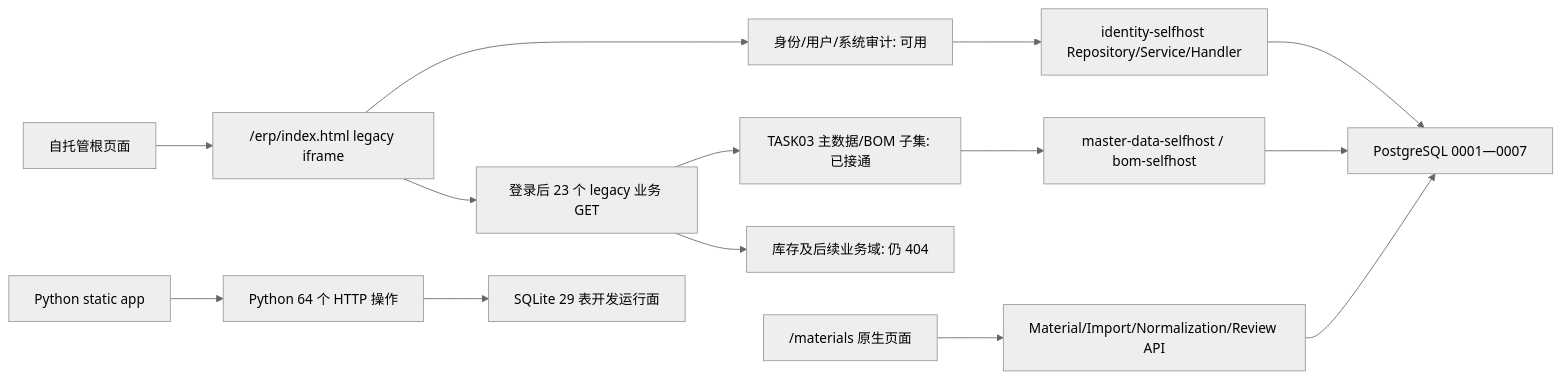
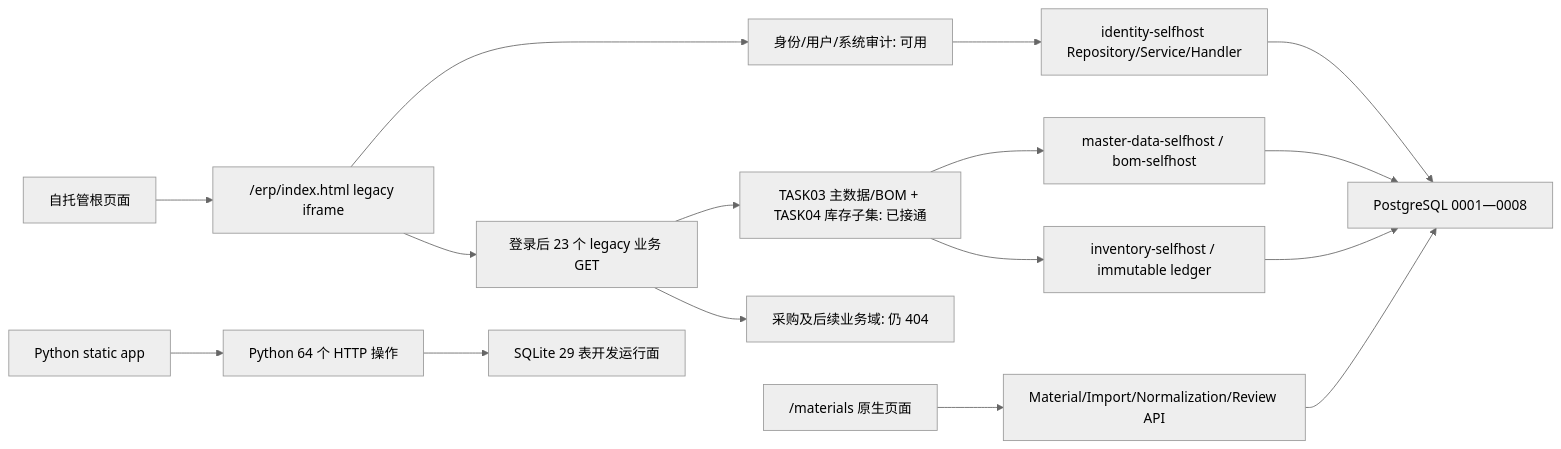
Before and after one commit to 3443176848/chenyida: the first of 7 diagrams in docs/project/ARCHITECTURE.md, drawn with Mermaid (neutral theme). The commit also changed other lines of this file and 39 other files, not shown here.

Commit message:
feat: add immutable inventory ledger

````diff
--- a/docs/project/ARCHITECTURE.md
+++ b/docs/project/ARCHITECTURE.md
@@ -9,18 +9,20 @@
 ```mermaid
 flowchart LR
     ROOT["自托管根页面"] --> IFRAME["/erp/index.html legacy iframe"]
     IFRAME --> AUTH["身份/用户/系统审计: 可用"]
     IFRAME --> BATCH["登录后 23 个 legacy 业务 GET"]
-    BATCH --> M3["TASK03 主数据/BOM 子集: 已接通"]
-    BATCH --> NF["库存及后续业务域: 仍 404"]
+    BATCH --> M4["TASK03 主数据/BOM + TASK04 库存子集: 已接通"]
+    BATCH --> NF["采购及后续业务域: 仍 404"]
 
     NATIVE["/materials 原生页面"] --> MM["Material/Import/Normalization/Review API"]
     AUTH --> ID["identity-selfhost Repository/Service/Handler"]
-    ID --> PG["PostgreSQL 0001—0007"]
+    ID --> PG["PostgreSQL 0001—0008"]
     MM --> PG
-    M3 --> MDB["master-data-selfhost / bom-selfhost"]
+    M4 --> MDB["master-data-selfhost / bom-selfhost"]
     MDB --> PG
+    M4 --> INV["inventory-selfhost / immutable ledger"]
+    INV --> PG
 
     PYUI["Python static app"] --> PYAPI["Python 64 个 HTTP 操作"]
     PYAPI --> SQLITE["SQLite 29 表开发运行面"]
 ```
````
